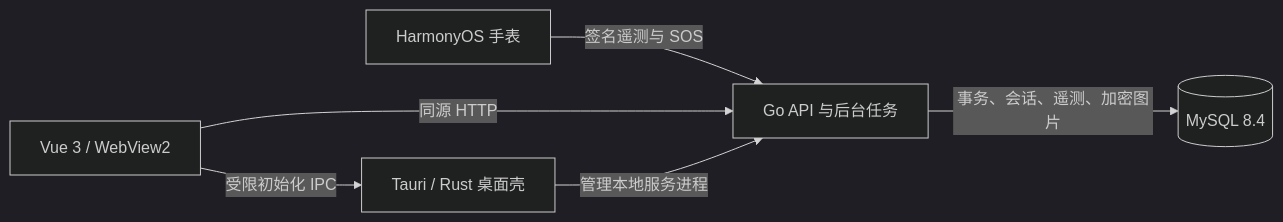
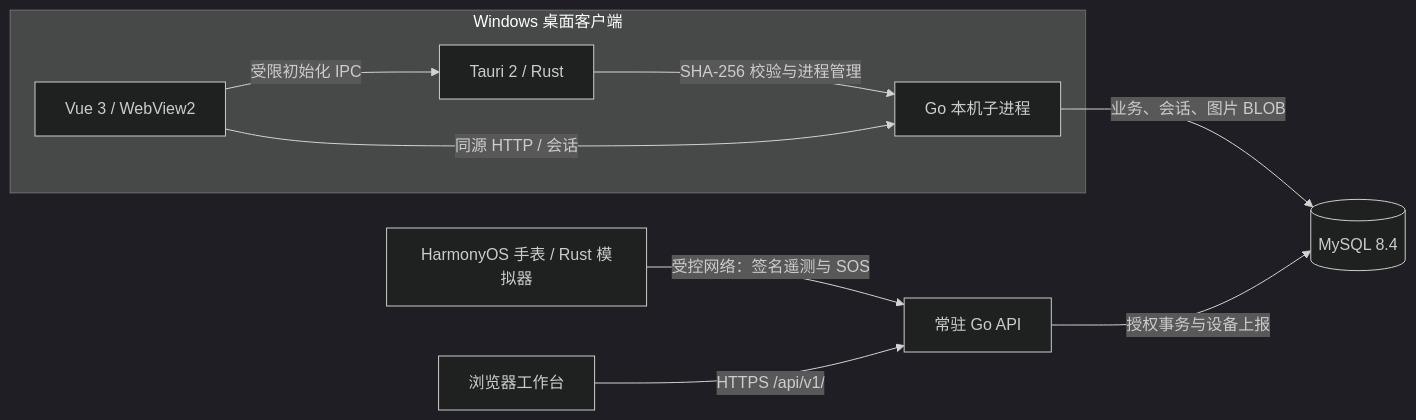
Before and after one commit to R9-404/smart-elderly-watch-management: the diagram in README.md, drawn with Mermaid (dark theme). The commit also changed other lines of this file and 5 other files, not shown here.

````diff
--- a/README.md
+++ b/README.md
@@ -105,8 +105,12 @@
 ```mermaid
 flowchart LR
-    W["HarmonyOS 手表"] -->|"签名遥测与 SOS"| G["Go API 与后台任务"]
-    V["Vue 3 / WebView2"] -->|"同源 HTTP"| G
-    V -->|"受限初始化 IPC"| R["Tauri / Rust 桌面壳"]
-    R -->|"管理本地服务进程"| G
-    G -->|"事务、会话、遥测、加密图片"| M[("MySQL 8.4")]
+  subgraph Desktop["Windows 桌面客户端"]
+    T["Tauri 2 / Rust"] -->|"SHA-256 校验与进程管理"| L["Go 本机子进程"]
+    V["Vue 3 / WebView2"] -->|"同源 HTTP / 会话"| L
+    V -->|"受限初始化 IPC"| T
+  end
+  W["HarmonyOS 手表 / Rust 模拟器"] -->|"受控网络：签名遥测与 SOS"| S["常驻 Go API"]
+  B["浏览器工作台"] -->|"HTTPS /api/v1/"| S
+  L -->|"业务、会话、图片 BLOB"| M[("MySQL 8.4")]
+  S -->|"授权事务与设备上报"| M
 ```
````
